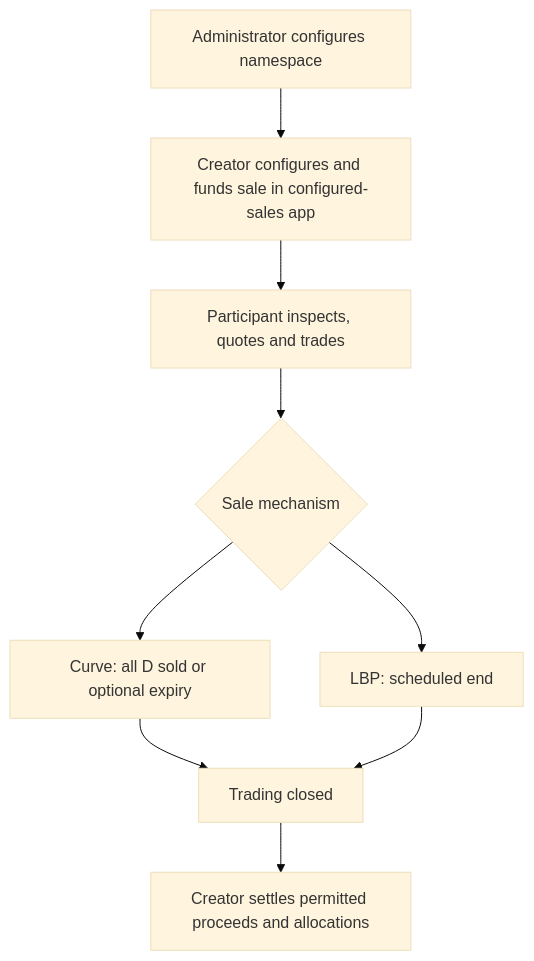
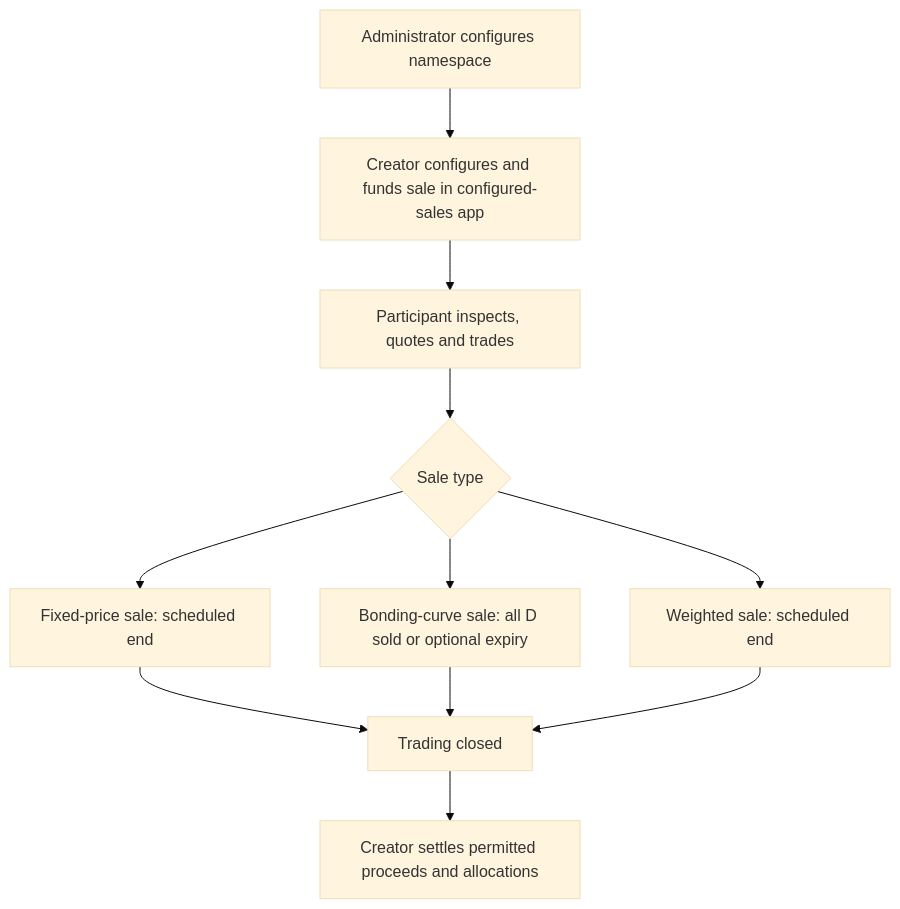
The diagram in docs/product/prd.md (bleu/logos-launchpad), drawn with Mermaid (base theme) before and after one commit. The commit also changed other lines of this file and 57 other files, not shown here.

````diff
--- a/docs/product/prd.md
+++ b/docs/product/prd.md
@@ -33,11 +34,13 @@
 ```mermaid
 flowchart TB
     Namespace[Administrator configures namespace] --> Create[Creator configures and funds sale in configured-sales app]
     Create --> Trade[Participant inspects, quotes and trades]
-    Trade --> Mechanism{Sale mechanism}
-    Mechanism --> Curve[Curve: all D sold or optional expiry]
-    Mechanism --> LBP[LBP: scheduled end]
-    Curve --> Closed[Trading closed]
-    LBP --> Closed
+    Trade --> SaleType{Sale type}
+    SaleType --> FixedPrice[Fixed-price sale: scheduled end]
+    SaleType --> Curve[Bonding-curve sale: all D sold or optional expiry]
+    SaleType --> Weighted[Weighted sale: scheduled end]
+    FixedPrice --> Closed[Trading closed]
+    Curve --> Closed
+    Weighted --> Closed
     Closed --> Settle[Creator settles permitted proceeds and allocations]
 ```
````
